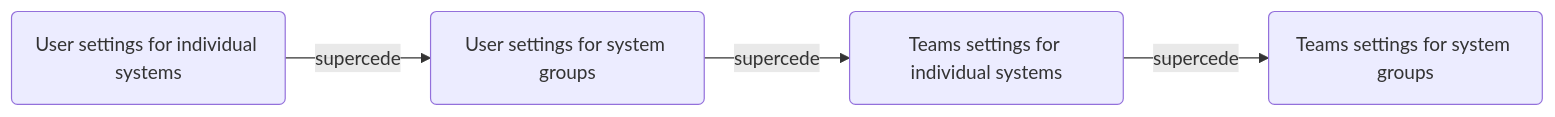
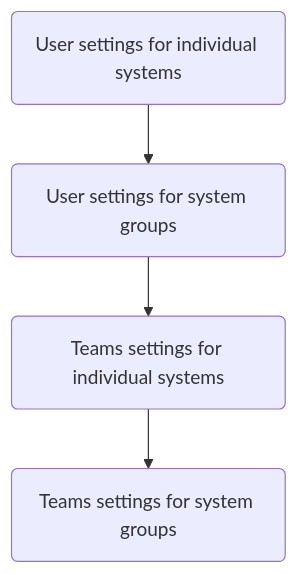
The diagram in content/_includes/TCPermissionsHierarchy.md (truenas/documentation), drawn with Mermaid before and after one commit. The commit also changed other lines of this file and 1 other file, not shown here.

Commit message:
Fix up mermaid flowchart for TC user/group permissions
Restyle this particular mermaid chart, but done generically so we can reuse the CSS values elsewhere if desired.
Fix the display issues and clean up text a bit on the flowchart.

````diff
--- a/content/_includes/TCPermissionsHierarchy.md
+++ b/content/_includes/TCPermissionsHierarchy.md
@@ -5,4 +6,5 @@
-```mermaid
-flowchart LR
-A(User settings for individual systems) -->|supercede| B(User settings for system groups) -->|supercede| C(Teams settings for individual systems) -->|supercede| D(Teams settings for system groups)
-```
+{{< mermaid class="mermaid_sizing" >}}
+flowchart TB
+
+A(User settings for individual systems) --> B(User settings for system groups) --> C(Teams settings for individual systems) --> D(Teams settings for system groups)
+{{< /mermaid >}}
````
